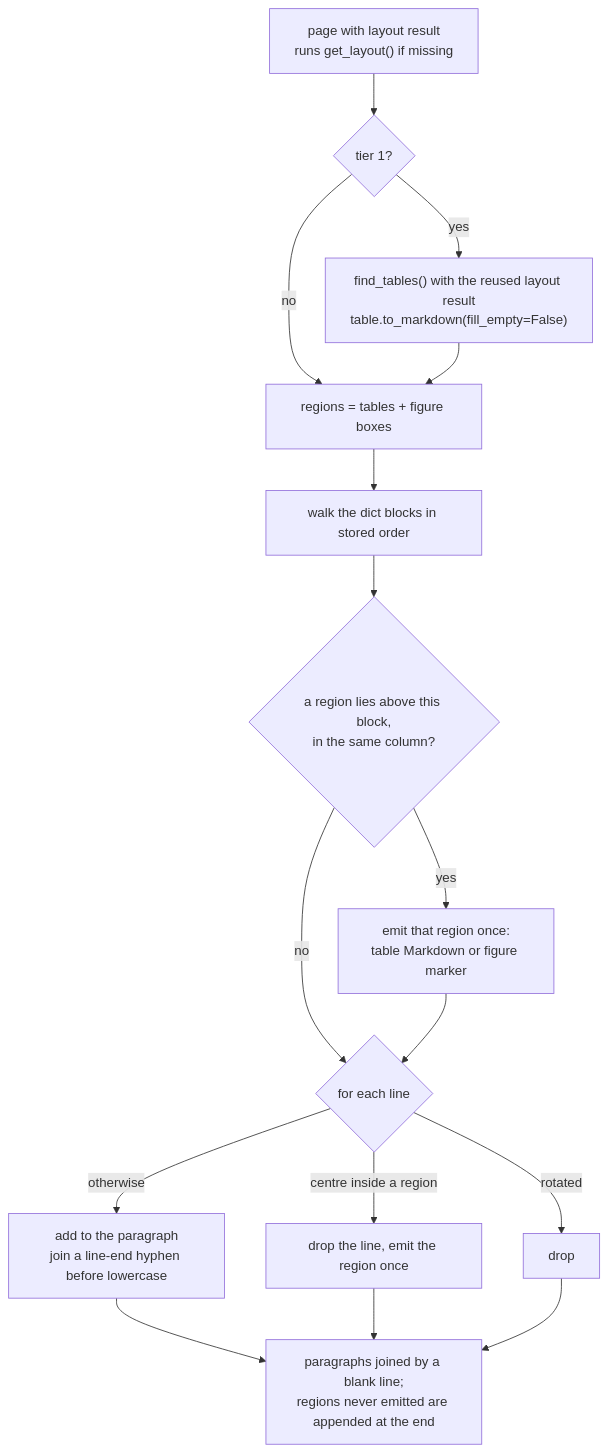
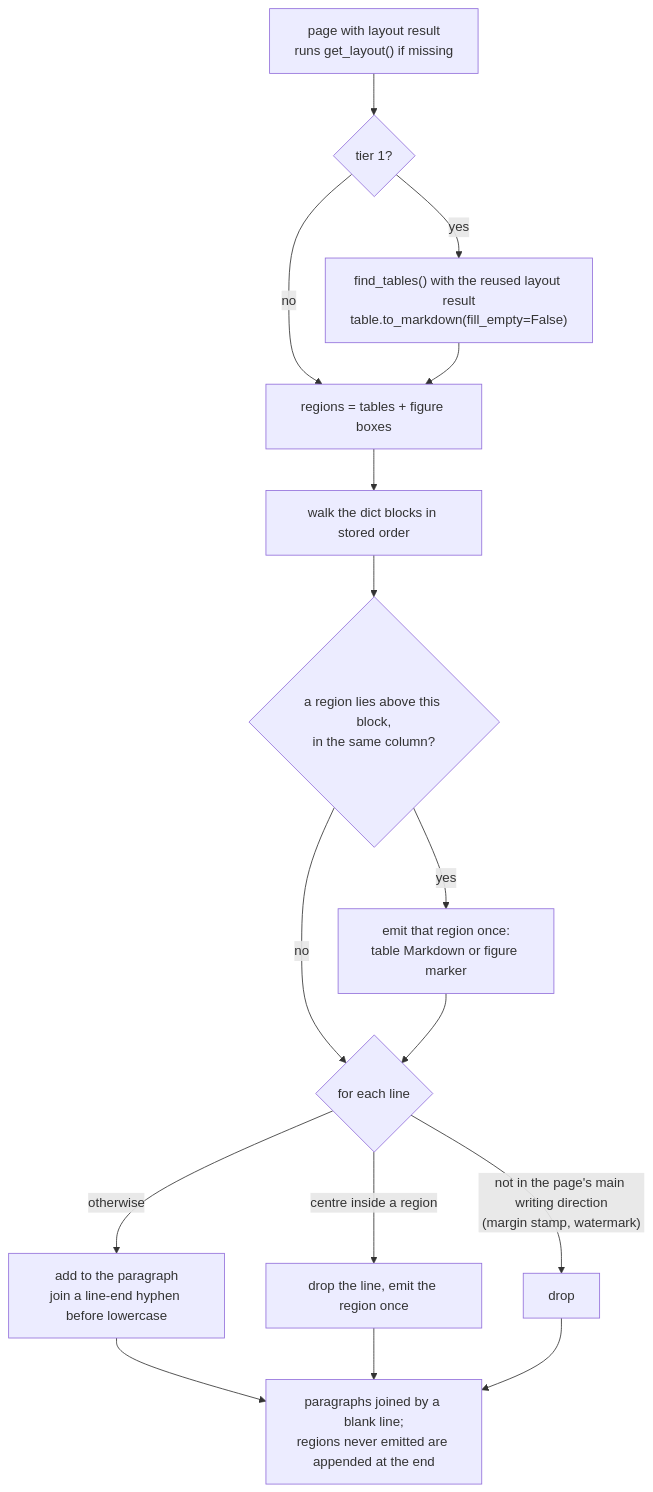
Before and after one commit to MoatasemEbrahim/gpt-researcher-with-PDF-router: the sixth of 11 diagrams in gpt_researcher/scraper/pdf_router/README.md, drawn with Mermaid. The commit also changed 2 other files, not shown here.

Commit message:
fix(scraper): keep sideways text in the PDF page router's plain and table tiers
render_page() dropped every line that was not horizontal, to remove the
arXiv margin stamp. On a page whose content is set sideways (a landscape
table in a portrait document) that was every line: the page rendered as
"" and became a "not extracted" marker, where the old extractor returned
the text. The renderer now finds the direction most of the page's
characters are written in and drops only the lines set against it, so the
stamp still goes and sideways pages keep their text. All 72 fixture
renders (36 pages, tiers 0 and 1) are unchanged.

````diff
--- a/gpt_researcher/scraper/pdf_router/README.md
+++ b/gpt_researcher/scraper/pdf_router/README.md
@@ -147,18 +147,18 @@
 ```mermaid
 flowchart TD
     A["page with layout result<br/>runs get_layout() if missing"] --> B{"tier 1?"}
     B -->|"yes"| C["find_tables() with the reused layout result<br/>table.to_markdown(fill_empty=False)"]
     B -->|"no"| D
     C --> D["regions = tables + figure boxes"]
     D --> E["walk the dict blocks in stored order"]
     E --> F{"a region lies above this block,<br/>in the same column?"}
     F -->|"yes"| G["emit that region once:<br/>table Markdown or figure marker"]
     F -->|"no"| H
     G --> H{"for each line"}
-    H -->|"rotated"| I["drop"]
+    H -->|"not in the page's main writing direction<br/>(margin stamp, watermark)"| I["drop"]
     H -->|"centre inside a region"| J["drop the line, emit the region once"]
     H -->|"otherwise"| K["add to the paragraph<br/>join a line-end hyphen before lowercase"]
     K --> L["paragraphs joined by a blank line;<br/>regions never emitted are appended at the end"]
     J --> L
     I --> L
 ```
````
